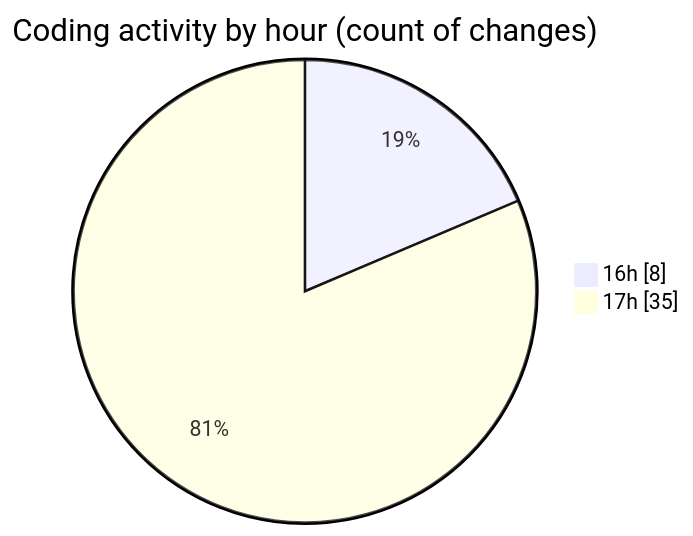
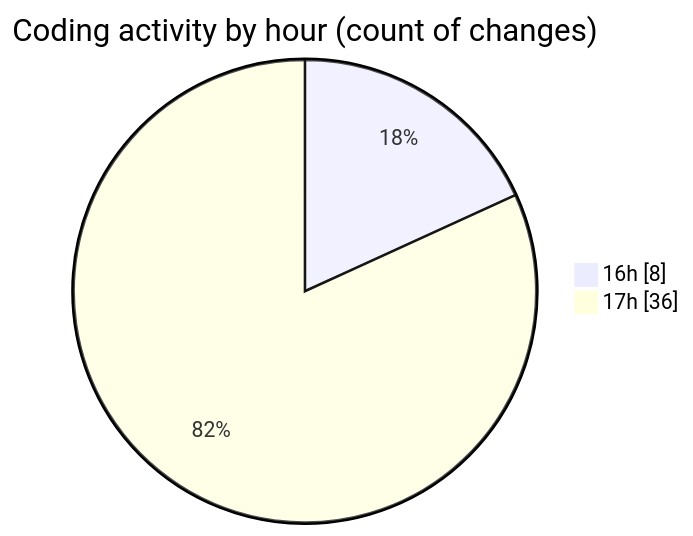
The second of 2 diagrams in 2025-01-08/mbc-web/README.md (robertbonfada/code-tracking), drawn with Mermaid before and after one commit. The commit also changed other lines of this file and 1 other file, not shown here.

````diff
--- a/2025-01-08/mbc-web/README.md
+++ b/2025-01-08/mbc-web/README.md
@@ -43,6 +43,6 @@
 ```mermaid
 pie showData
 title Coding activity by hour (count of changes)
 "16h" : 8
-"17h" : 35
+"17h" : 36
 ```
````
